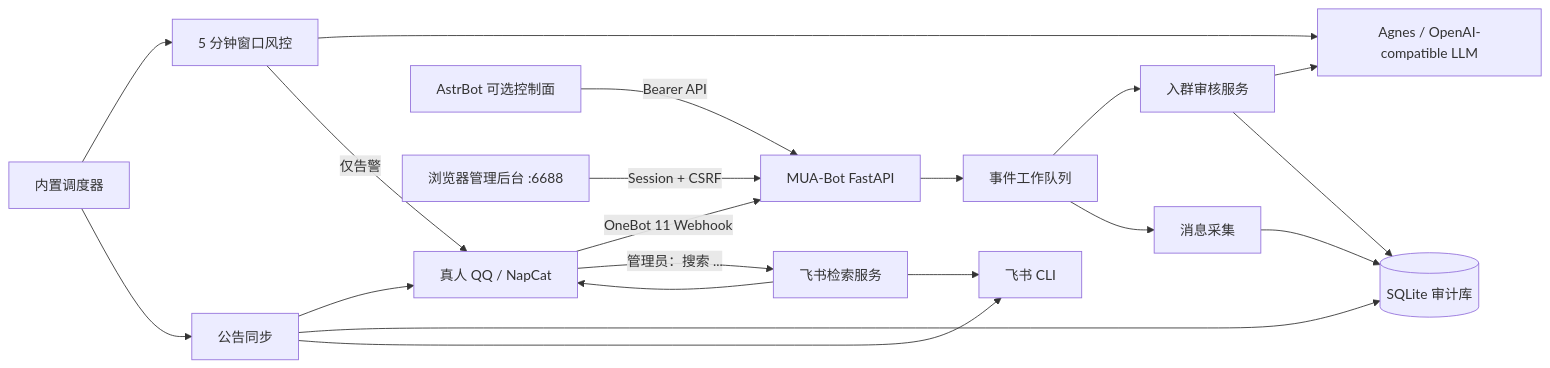
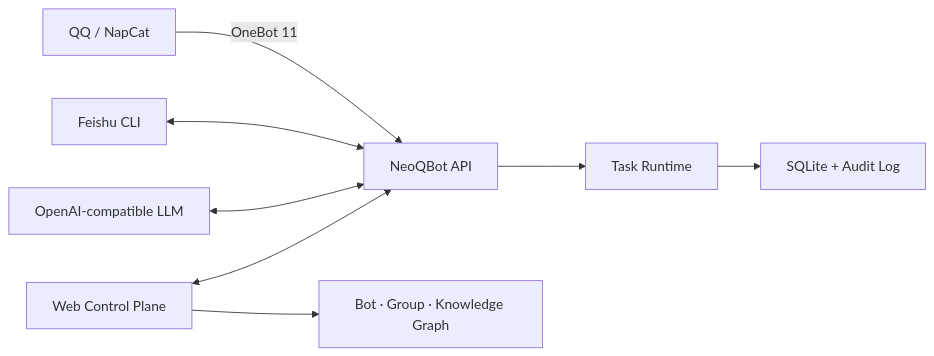
One commit to Dainsleif233/NeoQBot changed the diagram in README.md. Above: the diagram before and after it, drawn with Mermaid. The commit also changed other lines of this file and 73 other files, not shown here.

````diff
--- a/README.md
+++ b/README.md
@@ -37,23 +42,10 @@
 ```mermaid
 flowchart LR
-    QQ["真人 QQ / NapCat"] -->|"OneBot 11 Webhook"| API["MUA-Bot FastAPI"]
-    API --> Q["事件工作队列"]
-    Q --> JOIN["入群审核服务"]
-    Q --> MSG["消息采集"]
-    DB[("SQLite 审计库")]
-    JOIN --> LLM["Agnes / OpenAI-compatible LLM"]
-    JOIN --> DB
-    MSG --> DB
-    TIMER["内置调度器"] --> MOD["5 分钟窗口风控"]
-    TIMER --> NOTICE["公告同步"]
-    MOD --> LLM
-    MOD -->|"仅告警"| QQ
-    NOTICE --> QQ
-    NOTICE --> DB
-    NOTICE --> FS["飞书 CLI"]
-    QQ -->|"管理员：搜索 ..."| SEARCH["飞书检索服务"]
-    SEARCH --> FS
-    SEARCH --> QQ
-    ASTR["AstrBot 可选控制面"] -->|"Bearer API"| API
-    GUI["浏览器管理后台 :6688"] -->|"Session + CSRF"| API
+    QQ["QQ / NapCat"] -->|"OneBot 11"| API["NeoQBot API"]
+    FS["Feishu CLI"] <--> API
+    LLM["OpenAI-compatible LLM"] <--> API
+    API --> RUNTIME["Task Runtime"]
+    RUNTIME --> DB["SQLite + Audit Log"]
+    GUI["Web Control Plane"] <--> API
+    GUI --> GRAPH["Bot · Group · Knowledge Graph"]
 ```
````
